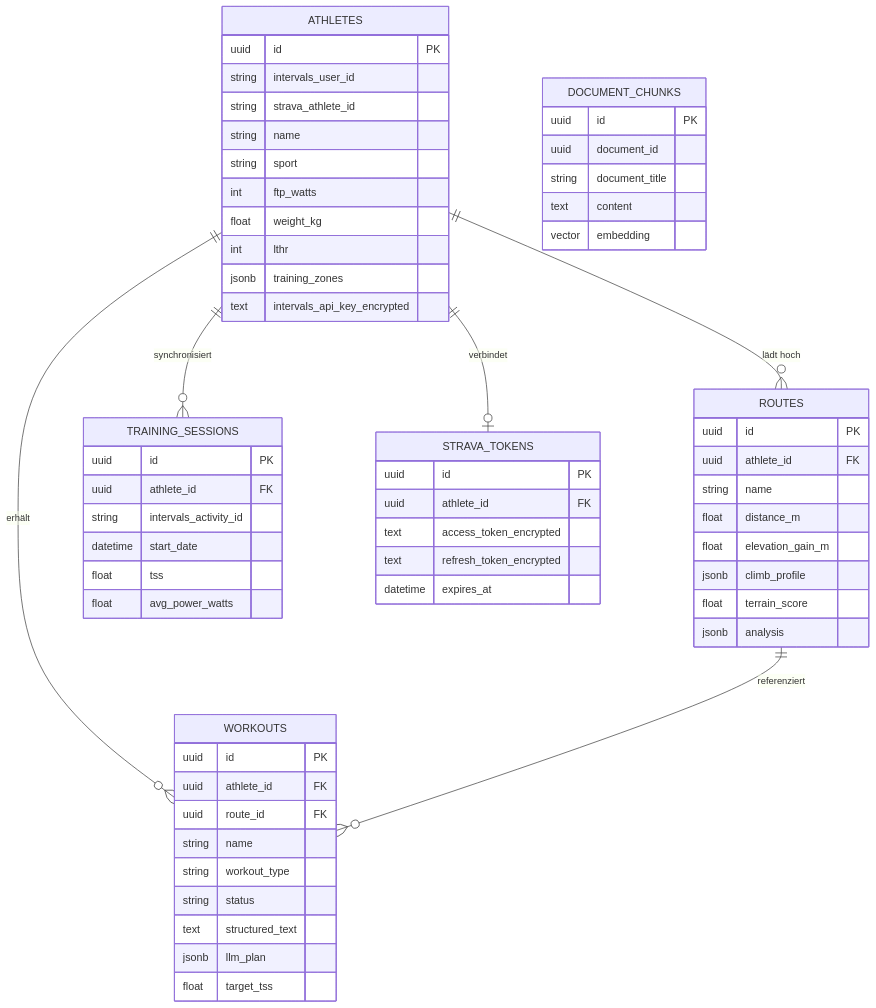
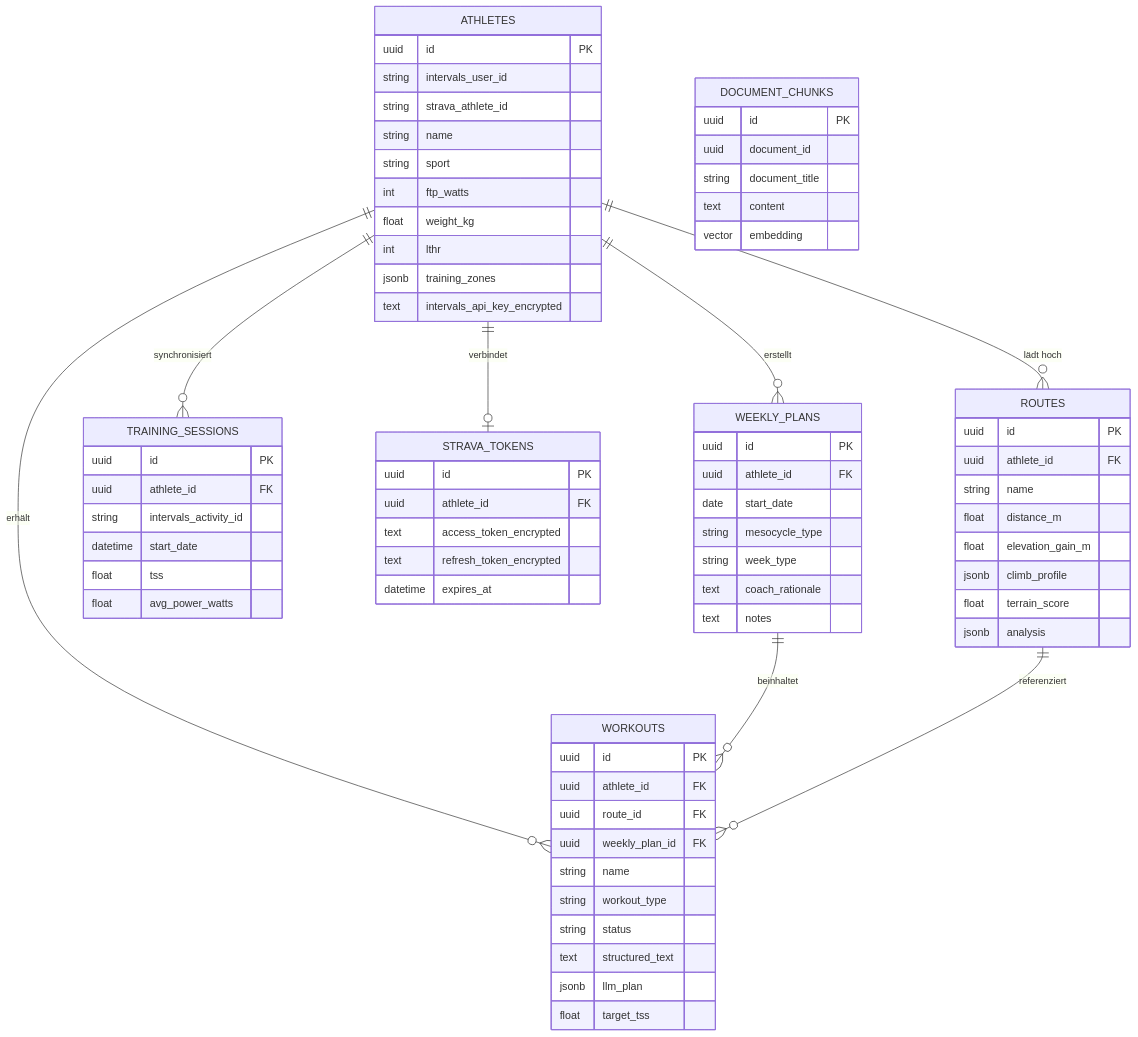
Before and after one commit to winSC1ENCE/TerraTrain: the second of 4 diagrams in docs/architecture.md, drawn with Mermaid. The commit also changed other lines of this file and 2 other files, not shown here.

````diff
--- a/docs/architecture.md
+++ b/docs/architecture.md
@@ -50,64 +50,76 @@
 ```mermaid
 erDiagram
     ATHLETES ||--o{ ROUTES : "lädt hoch"
     ATHLETES ||--o{ WORKOUTS : "erhält"
     ATHLETES ||--o{ TRAINING_SESSIONS : "synchronisiert"
     ATHLETES ||--o| STRAVA_TOKENS : "verbindet"
+    ATHLETES ||--o{ WEEKLY_PLANS : "erstellt"
+    WEEKLY_PLANS ||--o{ WORKOUTS : "beinhaltet"
     ROUTES ||--o{ WORKOUTS : "referenziert"
 
     ATHLETES {
         uuid id PK
         string intervals_user_id
         string strava_athlete_id
         string name
         string sport
         int ftp_watts
         float weight_kg
         int lthr
         jsonb training_zones
         text intervals_api_key_encrypted
+    }
+    WEEKLY_PLANS {
+        uuid id PK
+        uuid athlete_id FK
+        date start_date
+        string mesocycle_type
+        string week_type
+        text coach_rationale
+        text notes
     }
     ROUTES {
         uuid id PK
         uuid athlete_id FK
         string name
         float distance_m
         float elevation_gain_m
         jsonb climb_profile
         float terrain_score
         jsonb analysis
     }
     WORKOUTS {
         uuid id PK
         uuid athlete_id FK
         uuid route_id FK
+        uuid weekly_plan_id FK
         string name
         string workout_type
         string status
         text structured_text
         jsonb llm_plan
         float target_tss
     }
     TRAINING_SESSIONS {
         uuid id PK
         uuid athlete_id FK
         string intervals_activity_id
         datetime start_date
         float tss
         float avg_power_watts
     }
     STRAVA_TOKENS {
         uuid id PK
         uuid athlete_id FK
         text access_token_encrypted
         text refresh_token_encrypted
         datetime expires_at
     }
     DOCUMENT_CHUNKS {
         uuid id PK
         uuid document_id
         string document_title
         text content
         vector embedding
     }
 ```
````
